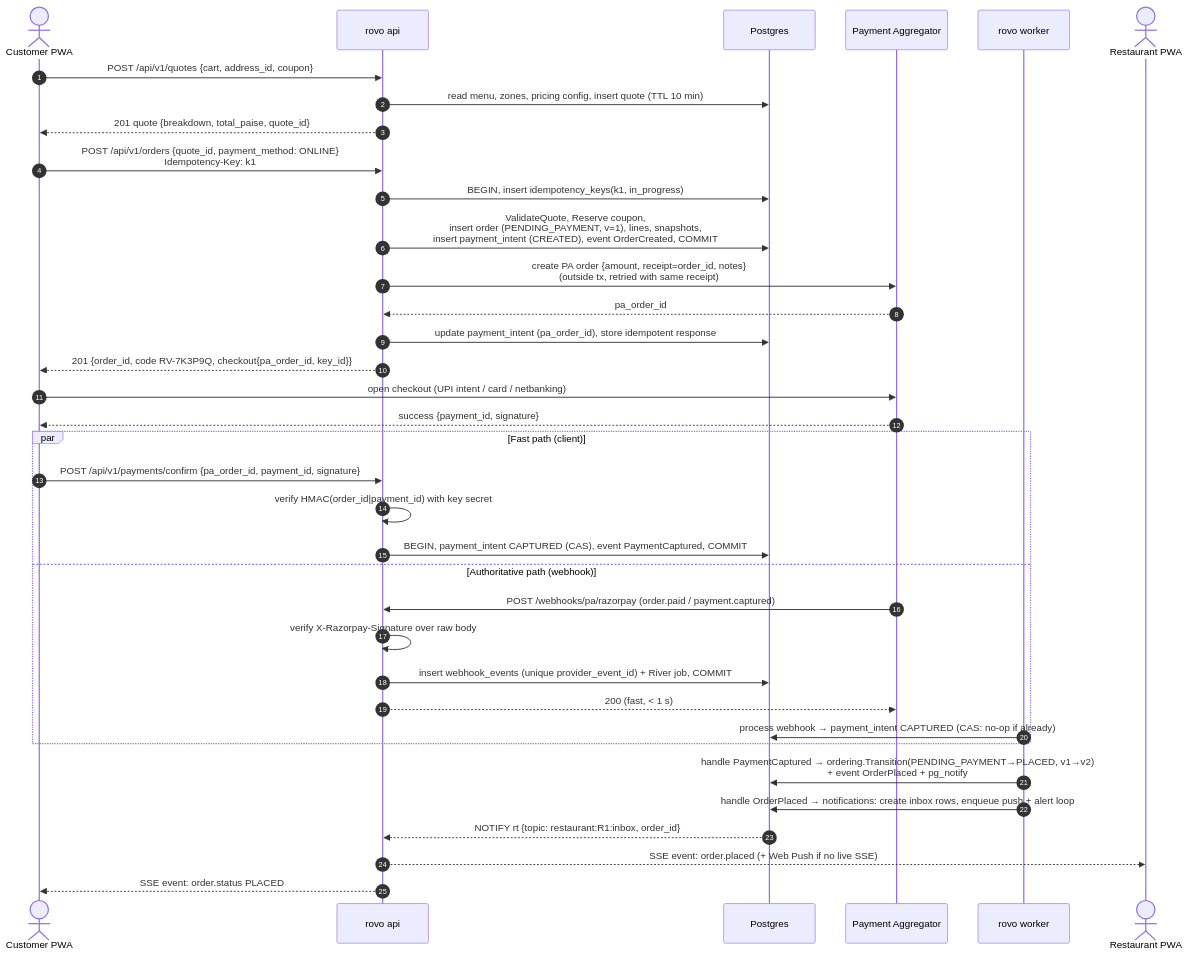
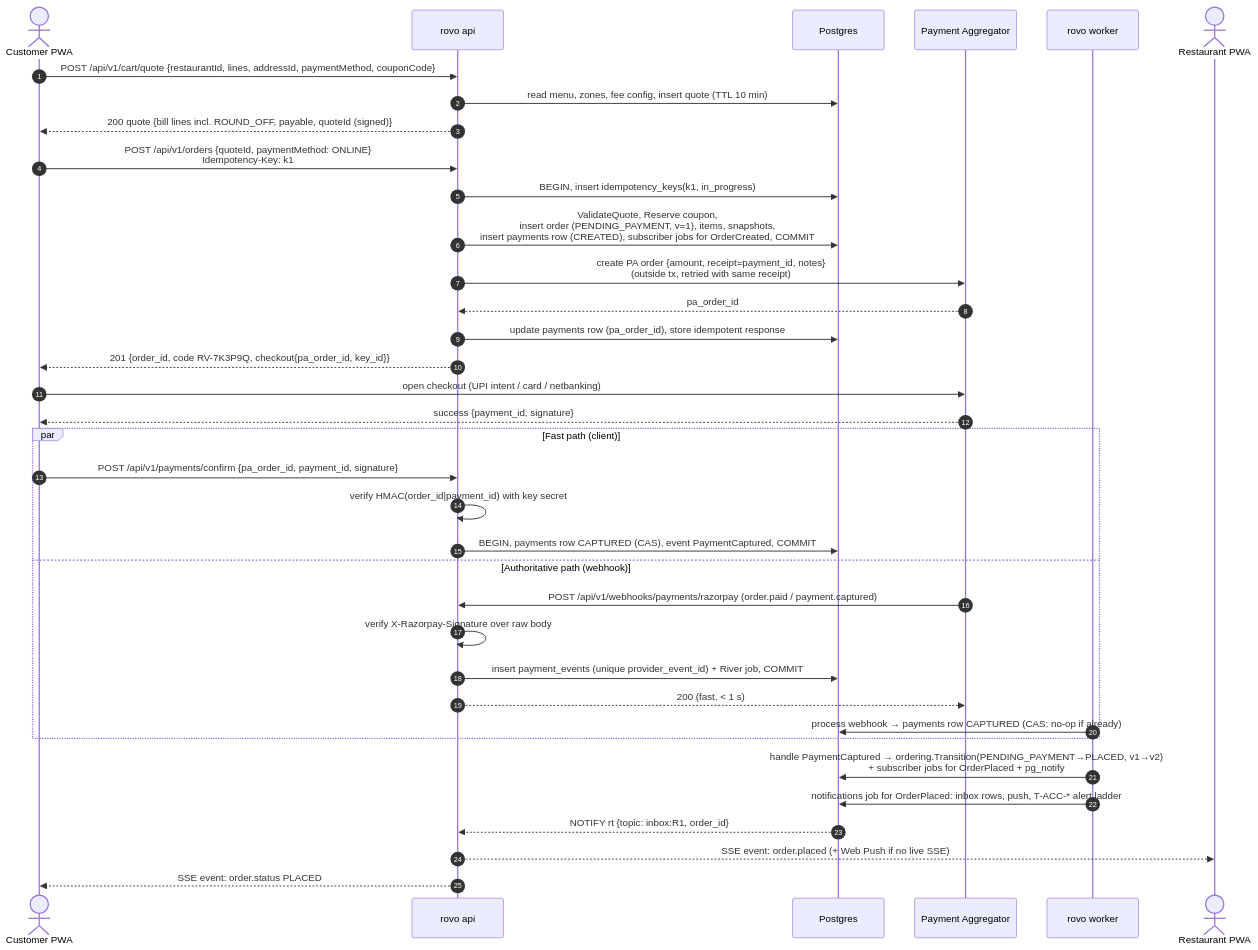
One commit to storetmobiles2-code/rovo changed the fifth of 11 diagrams in docs/planning/08-system-architecture.md. Above: the diagram before and after it, drawn with Mermaid. The commit also changed other lines of this file and 4 other files, not shown here.

````diff
--- a/docs/planning/08-system-architecture.md
+++ b/docs/planning/08-system-architecture.md
@@ -429,39 +439,39 @@
 ```mermaid
 sequenceDiagram
     autonumber
     actor C as Customer PWA
     participant API as rovo api
     participant PG as Postgres
     participant PA as Payment Aggregator
     participant W as rovo worker
     actor R as Restaurant PWA
 
-    C->>API: POST /api/v1/quotes {cart, address_id, coupon}
-    API->>PG: read menu, zones, pricing config, insert quote (TTL 10 min)
-    API-->>C: 201 quote {breakdown, total_paise, quote_id}
-    C->>API: POST /api/v1/orders {quote_id, payment_method: ONLINE}<br/>Idempotency-Key: k1
+    C->>API: POST /api/v1/cart/quote {restaurantId, lines, addressId, paymentMethod, couponCode}
+    API->>PG: read menu, zones, fee config, insert quote (TTL 10 min)
+    API-->>C: 200 quote {bill lines incl. ROUND_OFF, payable, quoteId (signed)}
+    C->>API: POST /api/v1/orders {quoteId, paymentMethod: ONLINE}<br/>Idempotency-Key: k1
     API->>PG: BEGIN, insert idempotency_keys(k1, in_progress)
-    API->>PG: ValidateQuote, Reserve coupon,<br/>insert order (PENDING_PAYMENT, v=1), lines, snapshots,<br/>insert payment_intent (CREATED), event OrderCreated, COMMIT
-    API->>PA: create PA order {amount, receipt=order_id, notes}<br/>(outside tx, retried with same receipt)
+    API->>PG: ValidateQuote, Reserve coupon,<br/>insert order (PENDING_PAYMENT, v=1), items, snapshots,<br/>insert payments row (CREATED), subscriber jobs for OrderCreated, COMMIT
+    API->>PA: create PA order {amount, receipt=payment_id, notes}<br/>(outside tx, retried with same receipt)
     PA-->>API: pa_order_id
-    API->>PG: update payment_intent (pa_order_id), store idempotent response
+    API->>PG: update payments row (pa_order_id), store idempotent response
     API-->>C: 201 {order_id, code RV-7K3P9Q, checkout{pa_order_id, key_id}}
     C->>PA: open checkout (UPI intent / card / netbanking)
     PA-->>C: success {payment_id, signature}
     par Fast path (client)
         C->>API: POST /api/v1/payments/confirm {pa_order_id, payment_id, signature}
         API->>API: verify HMAC(order_id|payment_id) with key secret
-        API->>PG: BEGIN, payment_intent CAPTURED (CAS), event PaymentCaptured, COMMIT
+        API->>PG: BEGIN, payments row CAPTURED (CAS), event PaymentCaptured, COMMIT
     and Authoritative path (webhook)
-        PA->>API: POST /webhooks/pa/razorpay (order.paid / payment.captured)
+        PA->>API: POST /api/v1/webhooks/payments/razorpay (order.paid / payment.captured)
         API->>API: verify X-Razorpay-Signature over raw body
-        API->>PG: insert webhook_events (unique provider_event_id) + River job, COMMIT
+        API->>PG: insert payment_events (unique provider_event_id) + River job, COMMIT
         API-->>PA: 200 (fast, < 1 s)
-        W->>PG: process webhook → payment_intent CAPTURED (CAS: no-op if already)
+        W->>PG: process webhook → payments row CAPTURED (CAS: no-op if already)
     end
-    W->>PG: handle PaymentCaptured → ordering.Transition(PENDING_PAYMENT→PLACED, v1→v2)<br/>+ event OrderPlaced + pg_notify
-    W->>PG: handle OrderPlaced → notifications: create inbox rows, enqueue push + alert loop
-    PG-->>API: NOTIFY rt {topic: restaurant:R1:inbox, order_id}
+    W->>PG: handle PaymentCaptured → ordering.Transition(PENDING_PAYMENT→PLACED, v1→v2)<br/>+ subscriber jobs for OrderPlaced + pg_notify
+    W->>PG: notifications job for OrderPlaced: inbox rows, push, T-ACC-* alert ladder
+    PG-->>API: NOTIFY rt {topic: inbox:R1, order_id}
     API-->>R: SSE event: order.placed (+ Web Push if no live SSE)
     API-->>C: SSE event: order.status PLACED
 ```
````
